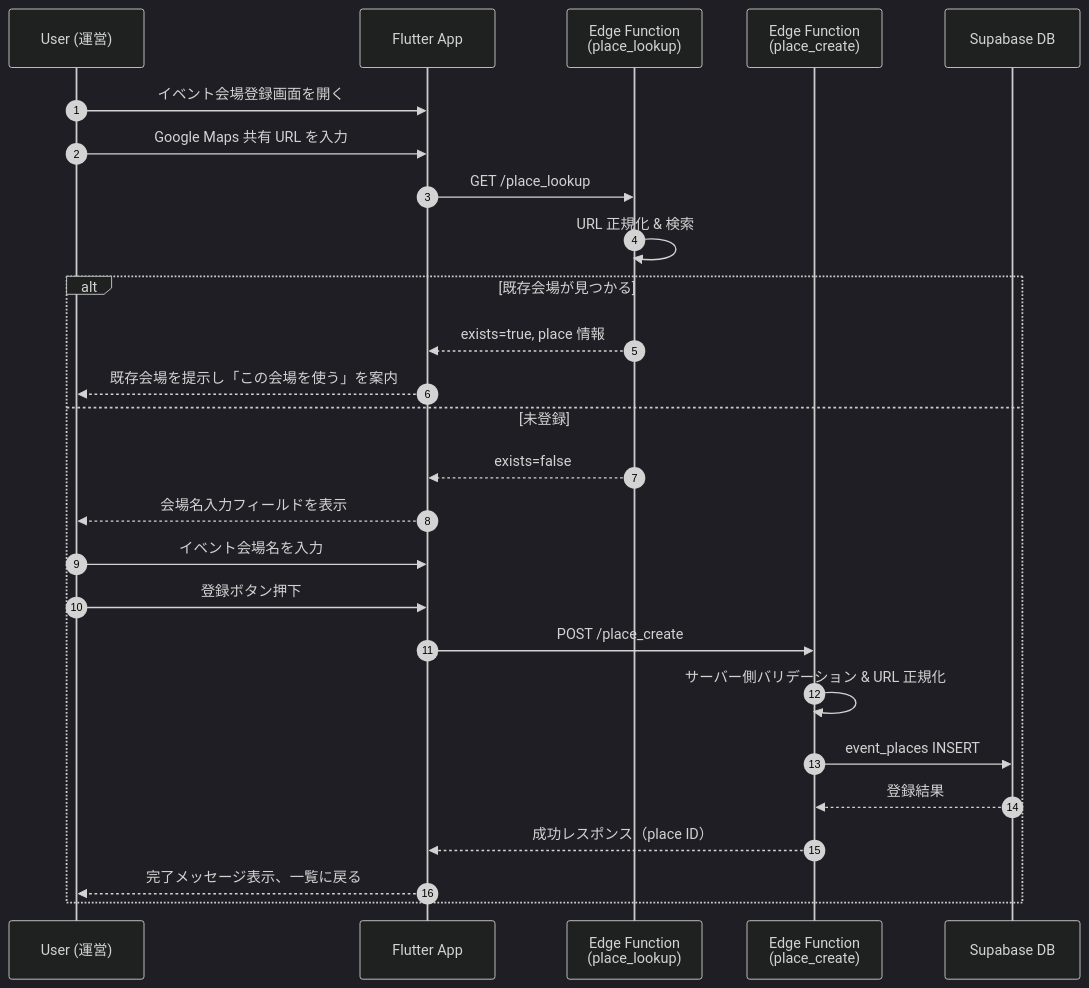
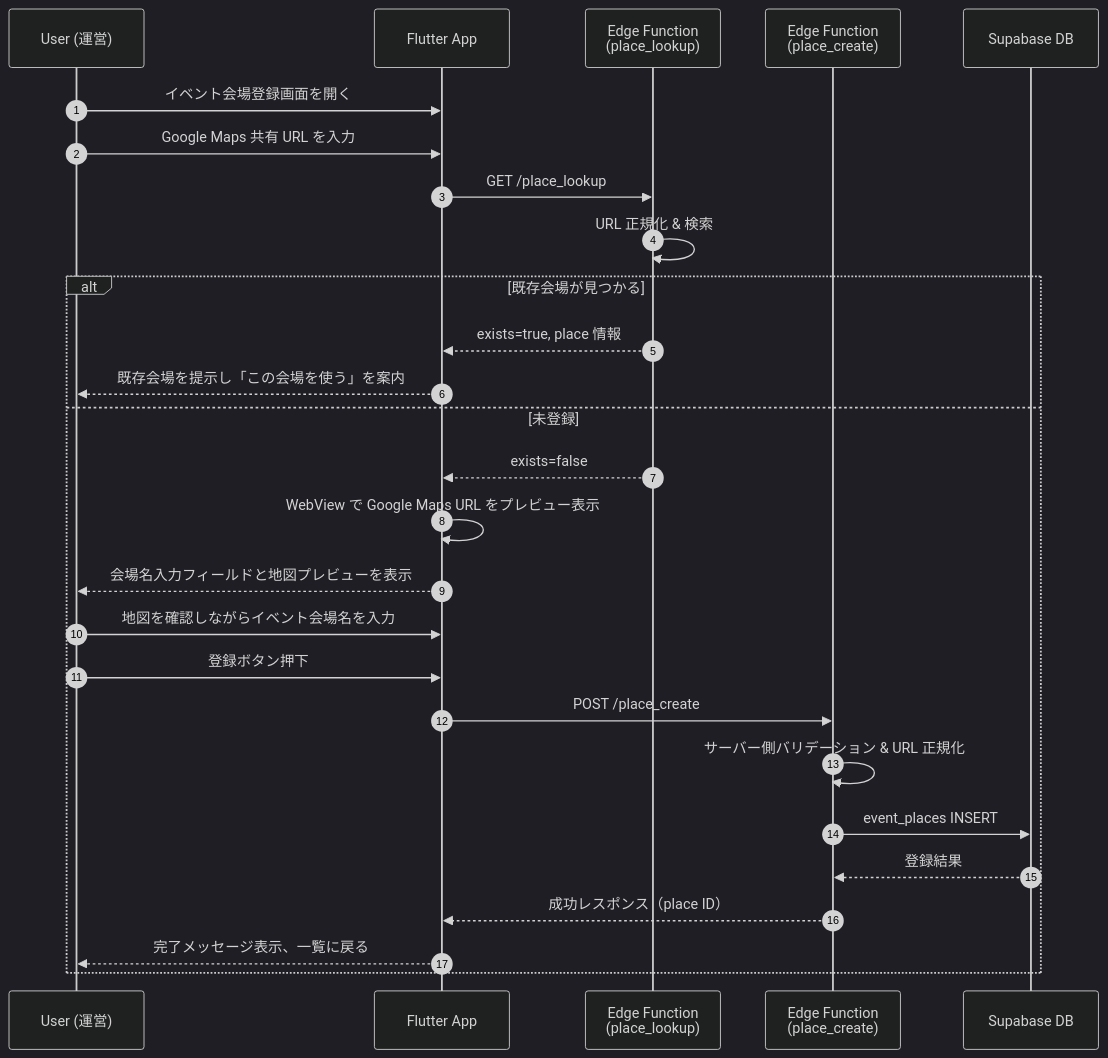
One commit to kerokerotur/banars-app changed the second of 4 diagrams in docs/DESIGN_DOCS/events/place_registration.md. Above: the diagram before and after it, drawn with Mermaid (dark theme). The commit also changed other lines of this file and 5 other files, not shown here.

````diff
--- a/docs/DESIGN_DOCS/events/place_registration.md
+++ b/docs/DESIGN_DOCS/events/place_registration.md
@@ -29,29 +29,30 @@
 ```mermaid
 sequenceDiagram
     autonumber
     participant User as User (運営)
     participant App as Flutter App
     participant EdgeLookup as Edge Function<br>(place_lookup)
     participant Edge as Edge Function<br>(place_create)
     participant DB as Supabase DB
 
     User->>App: イベント会場登録画面を開く
     User->>App: Google Maps 共有 URL を入力
     App->>EdgeLookup: GET /place_lookup
     EdgeLookup->>EdgeLookup: URL 正規化 & 検索
     alt 既存会場が見つかる
         EdgeLookup-->>App: exists=true, place 情報
         App-->>User: 既存会場を提示し「この会場を使う」を案内
     else 未登録
         EdgeLookup-->>App: exists=false
-        App-->>User: 会場名入力フィールドを表示
-        User->>App: イベント会場名を入力
+        App->>App: WebView で Google Maps URL をプレビュー表示
+        App-->>User: 会場名入力フィールドと地図プレビューを表示
+        User->>App: 地図を確認しながらイベント会場名を入力
         User->>App: 登録ボタン押下
         App->>Edge: POST /place_create
         Edge->>Edge: サーバー側バリデーション & URL 正規化
         Edge->>DB: event_places INSERT
         DB-->>Edge: 登録結果
         Edge-->>App: 成功レスポンス（place ID）
         App-->>User: 完了メッセージ表示、一覧に戻る
     end
 ```
````
